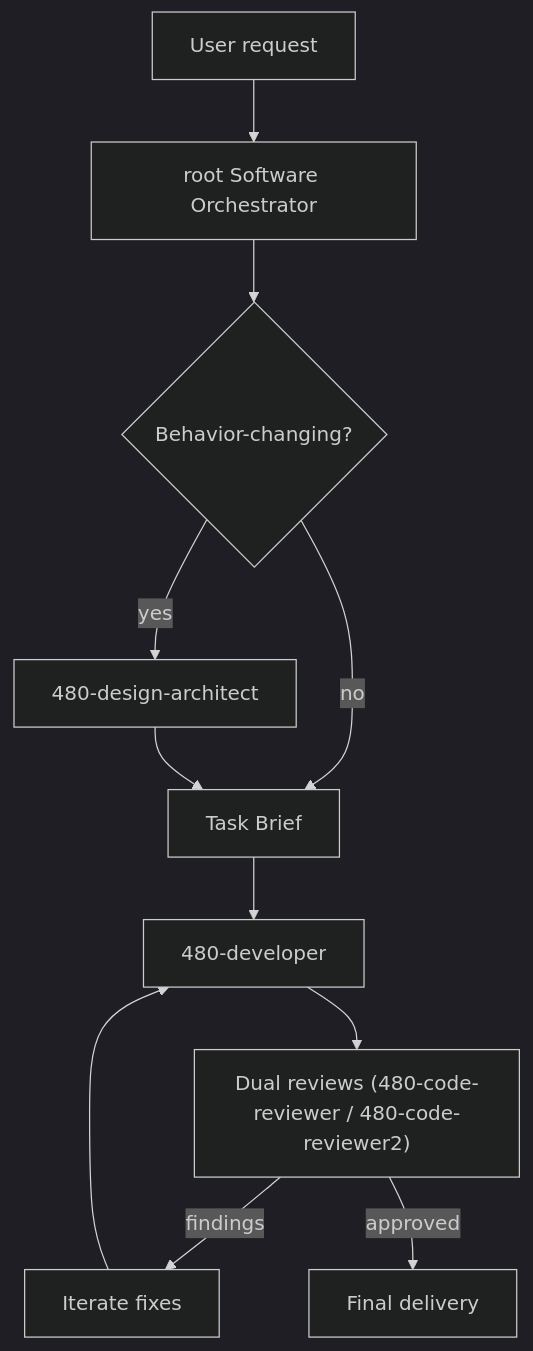
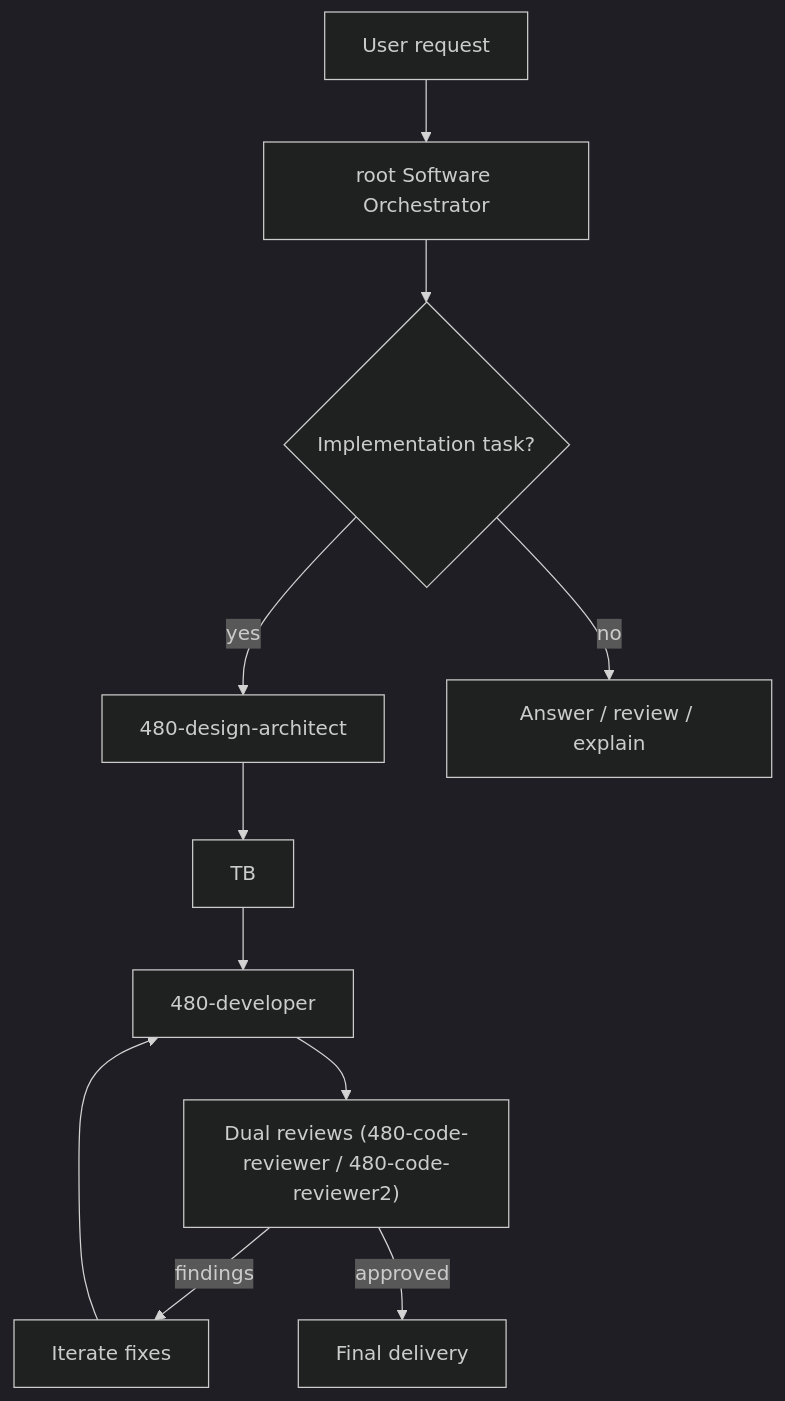
One commit to 480/ai changed the diagram in README.md. Above: the diagram before and after it, drawn with Mermaid (dark theme). The commit also changed 11 other files, not shown here.

Commit message:
Clarify Codex design handoff flow

````diff
--- a/README.md
+++ b/README.md
@@ -45,13 +45,13 @@
 ```mermaid
 flowchart TB
   U["User request"] --> A["root Software Orchestrator"]
-  A --> C{"Behavior-changing?"}
+  A --> C{"Implementation task?"}
   C -->|yes| DA["480-design-architect"]
-  C -->|no| TB["Task Brief"]
+  C -->|no| N["Answer / review / explain"]
   DA --> TB
   TB --> D["480-developer"]
   D --> R["Dual reviews (480-code-reviewer / 480-code-reviewer2)"]
   R -->|findings| I["Iterate fixes"]
   R -->|approved| F["Final delivery"]
   I --> D
 ```
````
